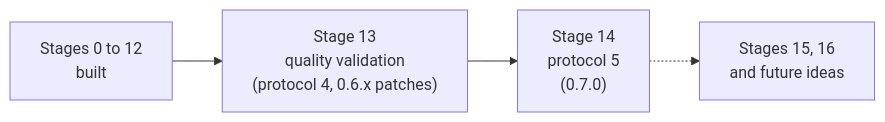
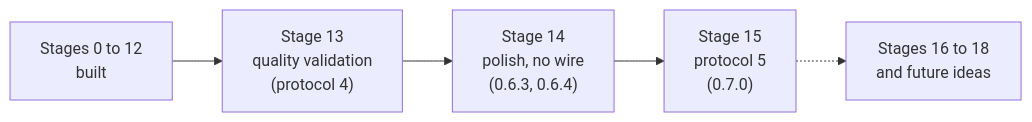
Before and after one commit to AndyProsser/vtt-chat-app: the diagram in ROADMAP.md, drawn with Mermaid. The commit also changed other lines of this file and 13 other files, not shown here.

First line of the commit message:
docs(roadmap): close Stage 13, add Stage 14 (no-wire polish), renumber 14-17 to 15-18

````diff
--- a/ROADMAP.md
+++ b/ROADMAP.md
@@ -43,6 +44,7 @@
 ```mermaid
 flowchart LR
-  A["Stages 0 to 12<br/>built"] --> B["Stage 13<br/>quality validation<br/>(protocol 4, 0.6.x patches)"]
-  B --> C["Stage 14<br/>protocol 5<br/>(0.7.0)"]
-  C -.-> D["Stages 15, 16<br/>and future ideas"]
+  A["Stages 0 to 12<br/>built"] --> B["Stage 13<br/>quality validation<br/>(protocol 4)"]
+  B --> P["Stage 14<br/>polish, no wire<br/>(0.6.3, 0.6.4)"]
+  P --> C["Stage 15<br/>protocol 5<br/>(0.7.0)"]
+  C -.-> D["Stages 16 to 18<br/>and future ideas"]
 ```
````
